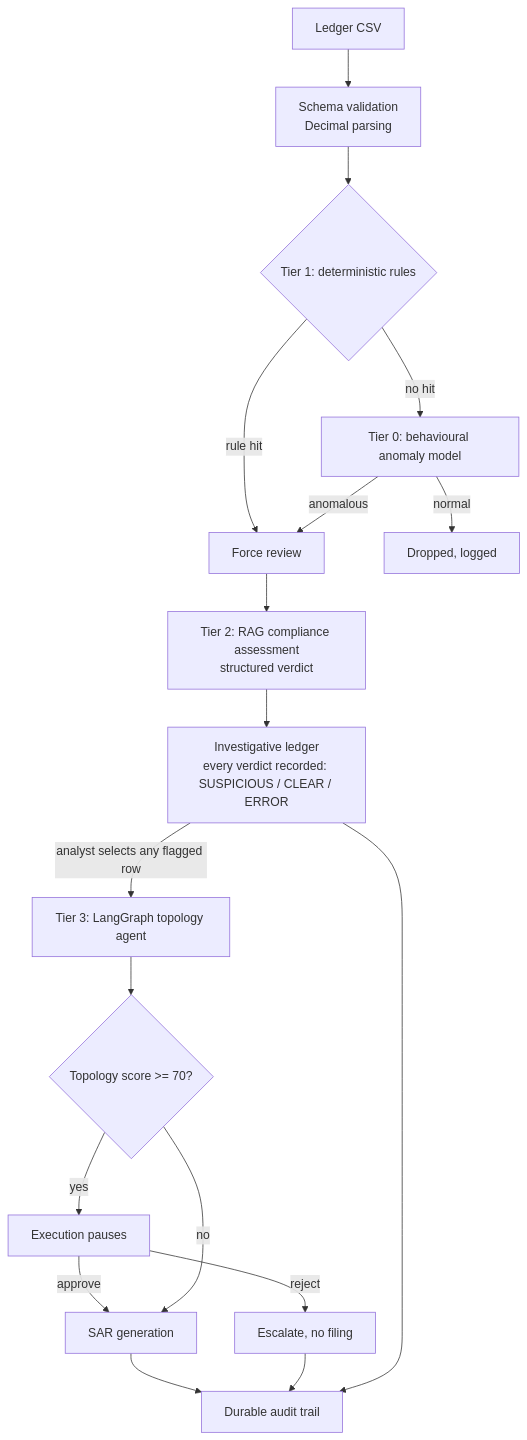
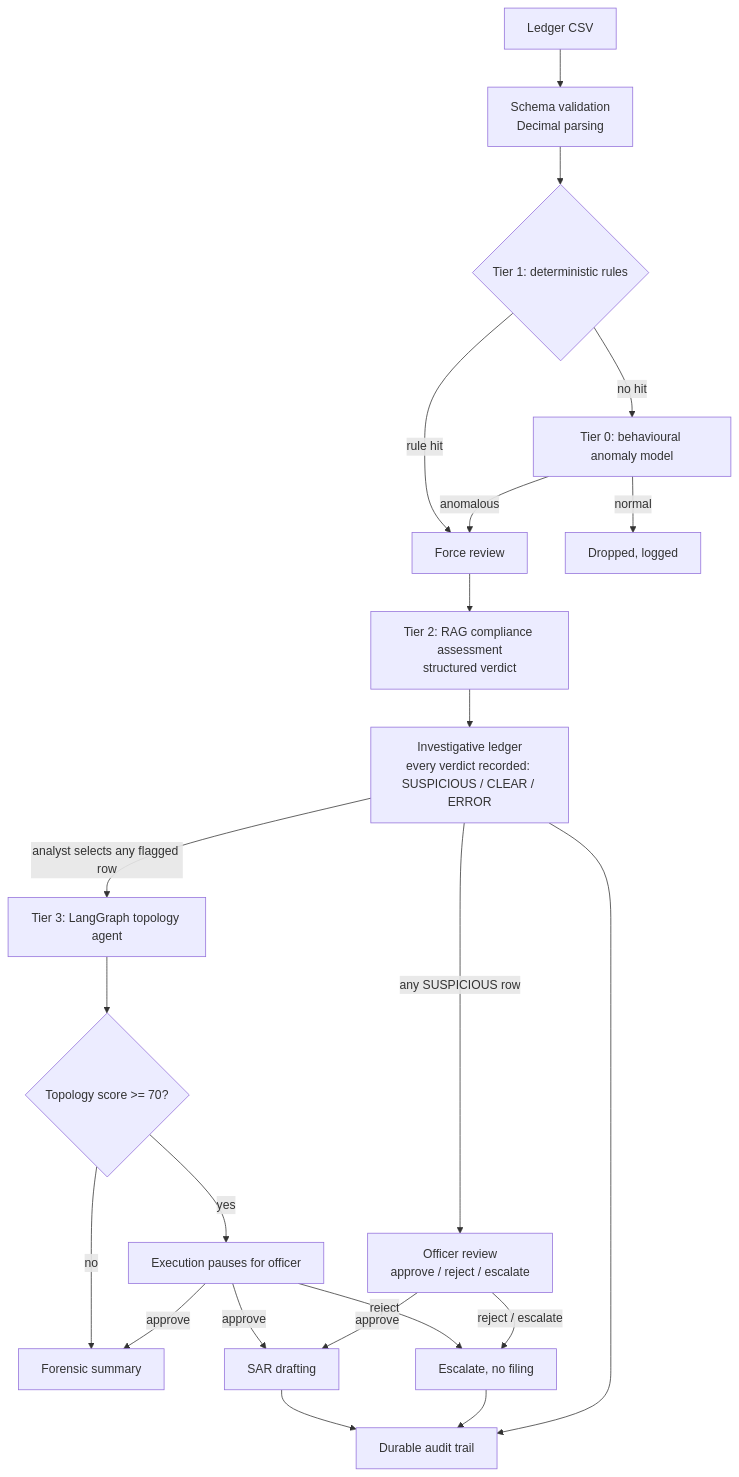
One commit to vinaykumar101997/Fintech-Fraud-Auditor-Pro changed the diagram in README.md. Above: the diagram before and after it, drawn with Mermaid. The commit also changed other lines of this file, not shown here.

Commit message:
docs: update README for the new topology and review flow

````diff
--- a/README.md
+++ b/README.md
@@ -110,20 +148,24 @@
 ```mermaid
 graph TD
     A[Ledger CSV] --> B[Schema validation<br/>Decimal parsing]
     B --> C{Tier 1: deterministic rules}
     C -->|rule hit| F[Force review]
     C -->|no hit| D[Tier 0: behavioural anomaly model]
     D -->|anomalous| F
     D -->|normal| E[Dropped, logged]
     F --> G[Tier 2: RAG compliance assessment<br/>structured verdict]
     G --> N[Investigative ledger<br/>every verdict recorded: SUSPICIOUS / CLEAR / ERROR]
     N -->|analyst selects any flagged row| H[Tier 3: LangGraph topology agent]
     H --> I{Topology score >= 70?}
-    I -->|yes| J[Execution pauses]
-    J -->|approve| K[SAR generation]
+    I -->|yes| J[Execution pauses for officer]
+    I -->|no| R[Forensic summary]
     J -->|reject| L[Escalate, no filing]
-    I -->|no| K
+    J -->|approve| R
+    N -->|any SUSPICIOUS row| O[Officer review<br/>approve / reject / escalate]
+    J -->|approve| K[SAR drafting]
+    O -->|approve| K
+    O -->|reject / escalate| L
     K --> M[Durable audit trail]
     L --> M
     N --> M
 ```
````
